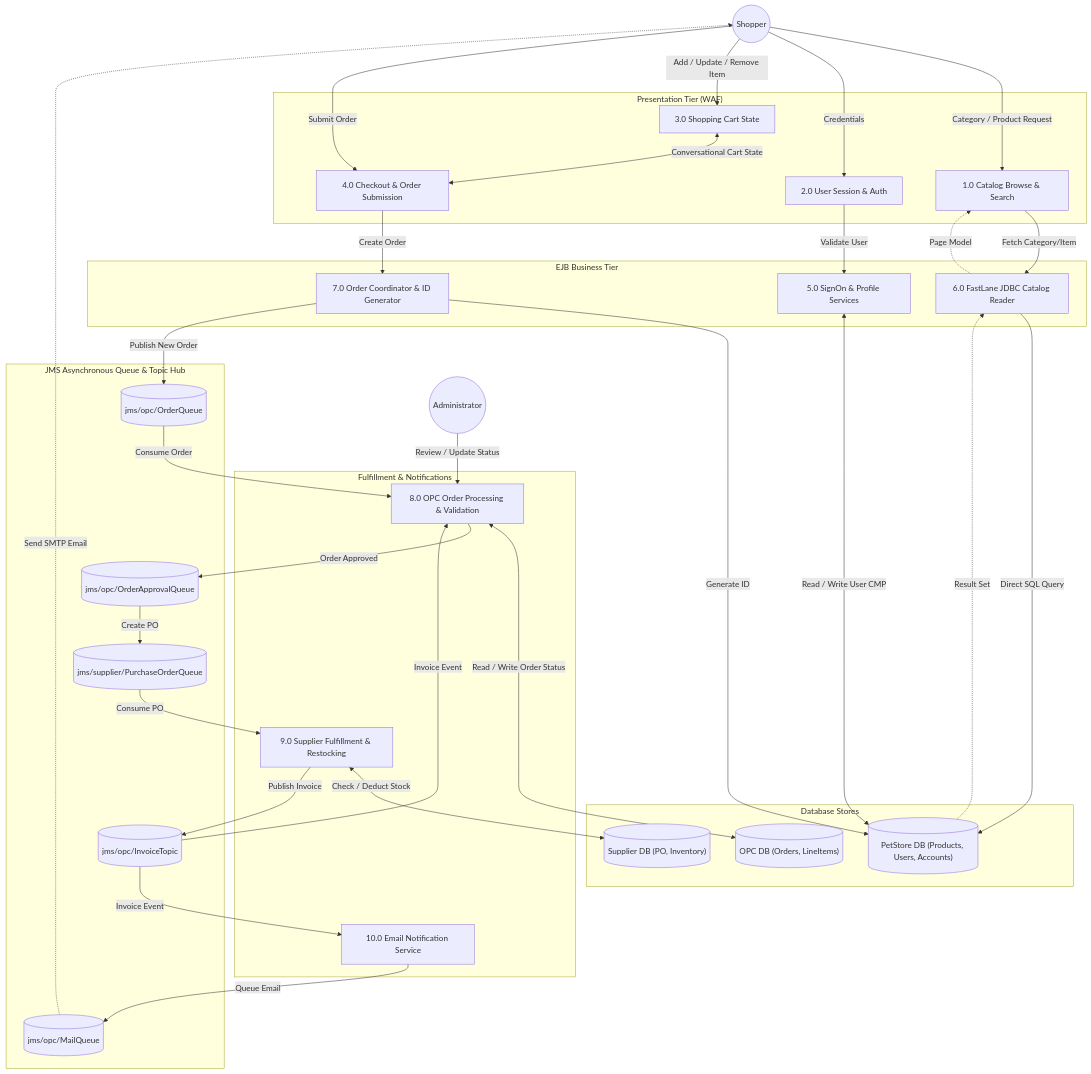
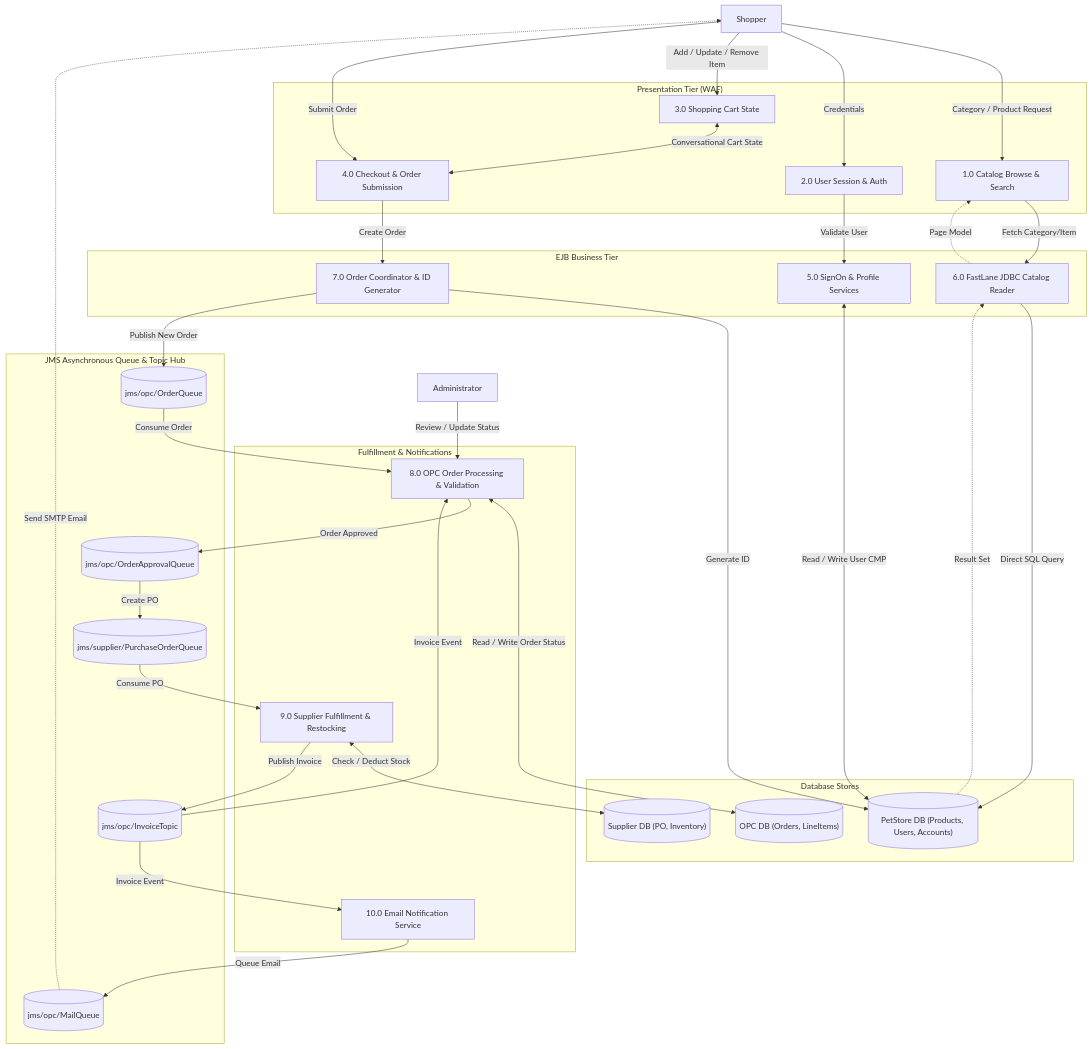
Before and after one commit to deepeshgodara/petstore-migration: the second of 3 diagrams in baseline_design/HLD/data_flow_diagrams.md, drawn with Mermaid. The commit also changed other lines of this file and 5 other files, not shown here.

Commit message:
fix(docs): quote Mermaid diagram edge and node labels to ensure clean GitHub rendering

````diff
--- a/baseline_design/HLD/data_flow_diagrams.md
+++ b/baseline_design/HLD/data_flow_diagrams.md
@@ -42,73 +42,73 @@
 ```mermaid
 flowchart TB
-    Shopper((Shopper))
-    Admin((Administrator))
+    Shopper["Shopper"]
+    Admin["Administrator"]
 
     subgraph Presentation["Presentation Tier (WAF)"]
         P1["1.0 Catalog Browse & Search"]
         P2["2.0 User Session & Auth"]
         P3["3.0 Shopping Cart State"]
         P4["4.0 Checkout & Order Submission"]
     end
 
     subgraph Business["EJB Business Tier"]
         B1["5.0 SignOn & Profile Services"]
         B2["6.0 FastLane JDBC Catalog Reader"]
         B3["7.0 Order Coordinator & ID Generator"]
     end
 
     subgraph Messaging["JMS Asynchronous Queue & Topic Hub"]
         Q1[("jms/opc/OrderQueue")]
         Q2[("jms/opc/OrderApprovalQueue")]
         Q3[("jms/supplier/PurchaseOrderQueue")]
         Q4[("jms/opc/InvoiceTopic")]
         Q5[("jms/opc/MailQueue")]
     end
 
     subgraph Backend["Fulfillment & Notifications"]
         M1["8.0 OPC Order Processing & Validation"]
         M2["9.0 Supplier Fulfillment & Restocking"]
         M3["10.0 Email Notification Service"]
     end
 
     subgraph Datastores["Database Stores"]
         D1[("PetStore DB (Products, Users, Accounts)")]
         D2[("OPC DB (Orders, LineItems)")]
         D3[("Supplier DB (PO, Inventory)")]
     end
 
     %% Flows
-    Shopper -->|Category / Product Request| P1
-    P1 -->|Fetch Category/Item| B2
-    B2 -->|Direct SQL Query| D1
-    D1 -.->|Result Set| B2
-    B2 -.->|Page Model| P1
+    Shopper -->|"Category / Product Request"| P1
+    P1 -->|"Fetch Category/Item"| B2
+    B2 -->|"Direct SQL Query"| D1
+    D1 -.->|"Result Set"| B2
+    B2 -.->|"Page Model"| P1
 
-    Shopper -->|Credentials| P2
-    P2 -->|Validate User| B1
-    B1 <-->|Read / Write User CMP| D1
+    Shopper -->|"Credentials"| P2
+    P2 -->|"Validate User"| B1
+    B1 <-->|"Read / Write User CMP"| D1
 
-    Shopper -->|Add / Update / Remove Item| P3
-    P3 <-->|Conversational Cart State| P4
+    Shopper -->|"Add / Update / Remove Item"| P3
+    P3 <-->|"Conversational Cart State"| P4
 
-    Shopper -->|Submit Order| P4
-    P4 -->|Create Order| B3
-    B3 -->|Generate ID| D1
-    B3 -->|Publish New Order| Q1
+    Shopper -->|"Submit Order"| P4
+    P4 -->|"Create Order"| B3
+    B3 -->|"Generate ID"| D1
+    B3 -->|"Publish New Order"| Q1
 
-    Q1 -->|Consume Order| M1
-    M1 <-->|Read / Write Order Status| D2
-    M1 -->|Order Approved| Q2
-    Q2 -->|Create PO| Q3
+    Q1 -->|"Consume Order"| M1
+    M1 <-->|"Read / Write Order Status"| D2
+    M1 -->|"Order Approved"| Q2
+    Q2 -->|"Create PO"| Q3
 
-    Q3 -->|Consume PO| M2
-    M2 <-->|Check / Deduct Stock| D3
-    M2 -->|Publish Invoice| Q4
+    Q3 -->|"Consume PO"| M2
+    M2 <-->|"Check / Deduct Stock"| D3
+    M2 -->|"Publish Invoice"| Q4
 
-    Q4 -->|Invoice Event| M1
-    Q4 -->|Invoice Event| M3
-    M3 -->|Queue Email| Q5
-    Q5 -.->|Send SMTP Email| Shopper
+    Q4 -->|"Invoice Event"| M1
+    Q4 -->|"Invoice Event"| M3
+    M3 -->|"Queue Email"| Q5
+    Q5 -.->|"Send SMTP Email"| Shopper
 
-    Admin -->|Review / Update Status| M1
+    Admin -->|"Review / Update Status"| M1
 ```
````
